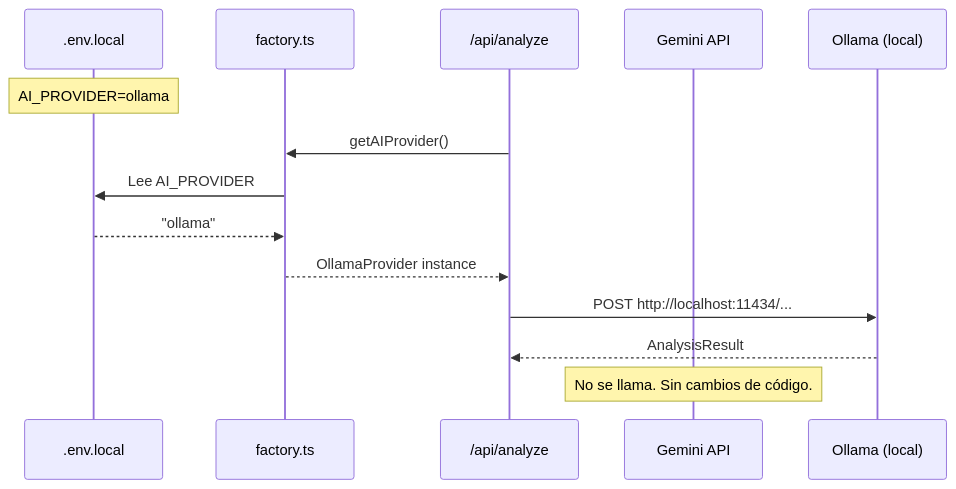
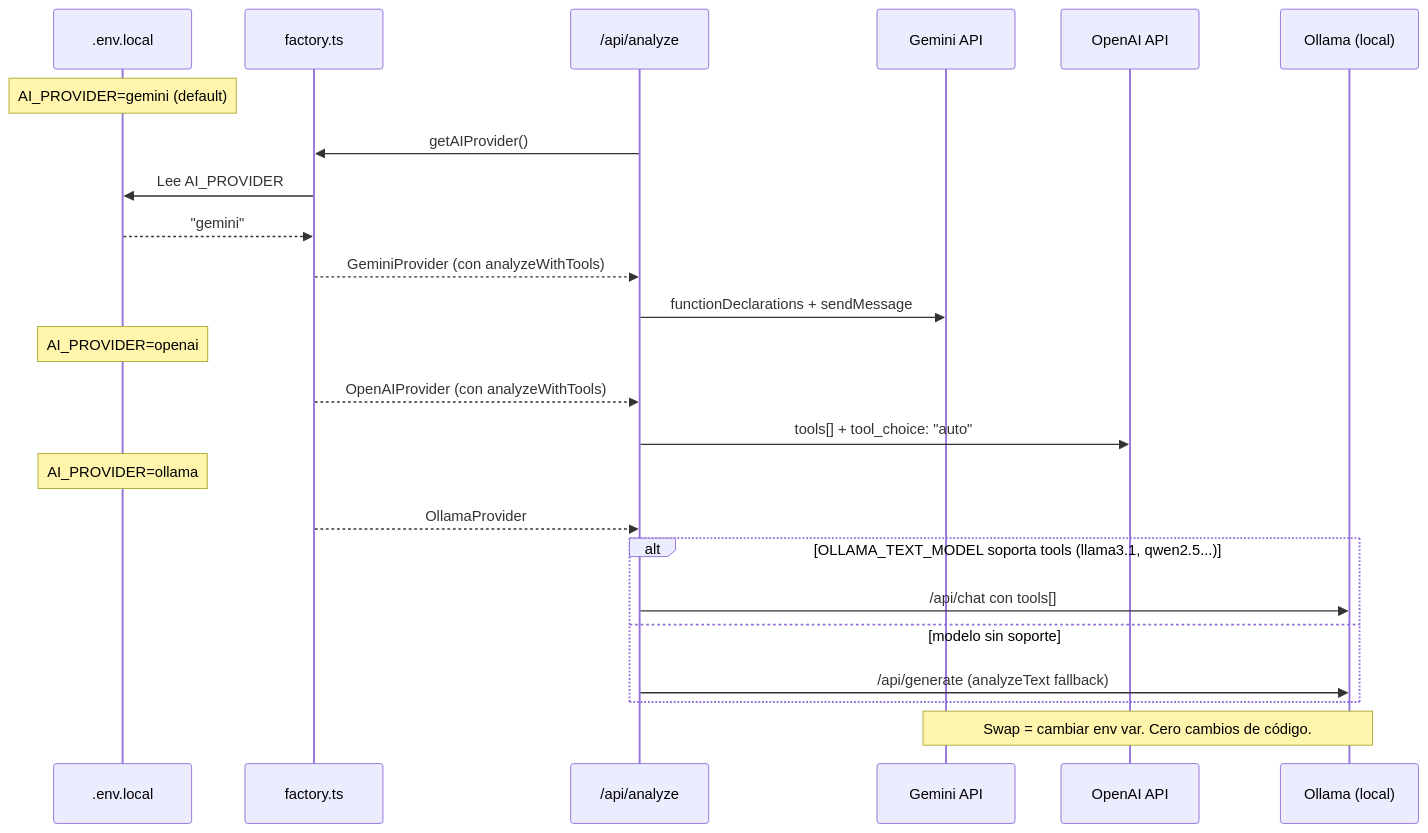
The fifth of 5 diagrams in docs/diagrams/DIAGRAMAS_SECUENCIA.md (Freddymhs/cerebrado), drawn with Mermaid before and after one commit. The commit also changed other lines of this file and 19 other files, not shown here.

````diff
--- a/docs/diagrams/DIAGRAMAS_SECUENCIA.md
+++ b/docs/diagrams/DIAGRAMAS_SECUENCIA.md
@@ -88,18 +149,33 @@
 ```mermaid
 sequenceDiagram
     participant EnvVar as .env.local
     participant Factory as factory.ts
     participant API as /api/analyze
     participant Gemini as Gemini API
+    participant OpenAI as OpenAI API
     participant Ollama as Ollama (local)
+
+    Note over EnvVar: AI_PROVIDER=gemini (default)
+
+    API->>Factory: getAIProvider()
+    Factory->>EnvVar: Lee AI_PROVIDER
+    EnvVar-->>Factory: "gemini"
+    Factory-->>API: GeminiProvider (con analyzeWithTools)
+    API->>Gemini: functionDeclarations + sendMessage
+
+    Note over EnvVar: AI_PROVIDER=openai
+
+    Factory-->>API: OpenAIProvider (con analyzeWithTools)
+    API->>OpenAI: tools[] + tool_choice: "auto"
 
     Note over EnvVar: AI_PROVIDER=ollama
 
-    API->>Factory: getAIProvider()
-    Factory->>EnvVar: Lee AI_PROVIDER
-    EnvVar-->>Factory: "ollama"
-    Factory-->>API: OllamaProvider instance
-    API->>Ollama: POST http://localhost:11434/...
-    Ollama-->>API: AnalysisResult
-    Note over Gemini: No se llama. Sin cambios de código.
+    Factory-->>API: OllamaProvider
+    alt OLLAMA_TEXT_MODEL soporta tools (llama3.1, qwen2.5...)
+        API->>Ollama: /api/chat con tools[]
+    else modelo sin soporte
+        API->>Ollama: /api/generate (analyzeText fallback)
+    end
+
+    Note over Gemini,Ollama: Swap = cambiar env var. Cero cambios de código.
 ```
````
